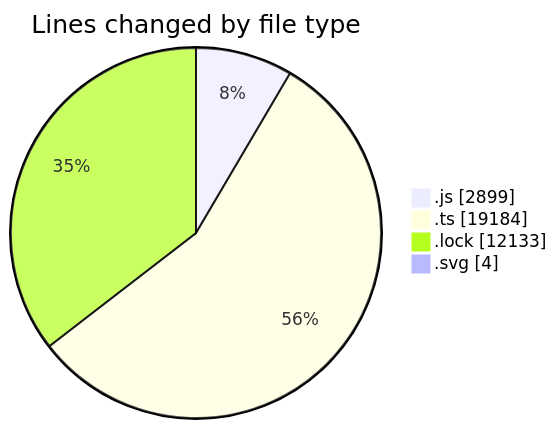
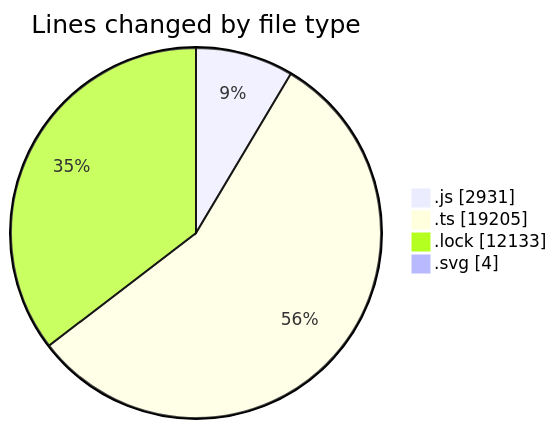
Before and after one commit to momahboobian/code-tracking: the first of 2 diagrams in 2025-08-12/cda/README.md, drawn with Mermaid. The commit also changed other lines of this file and 1 other file, not shown here.

````diff
--- a/2025-08-12/cda/README.md
+++ b/2025-08-12/cda/README.md
@@ -42,8 +42,8 @@
 ```mermaid
 pie showData
 title Lines changed by file type
-".js" : 2899
-".ts" : 19184
+".js" : 2931
+".ts" : 19205
 ".lock" : 12133
 ".svg" : 4
 ```
````
